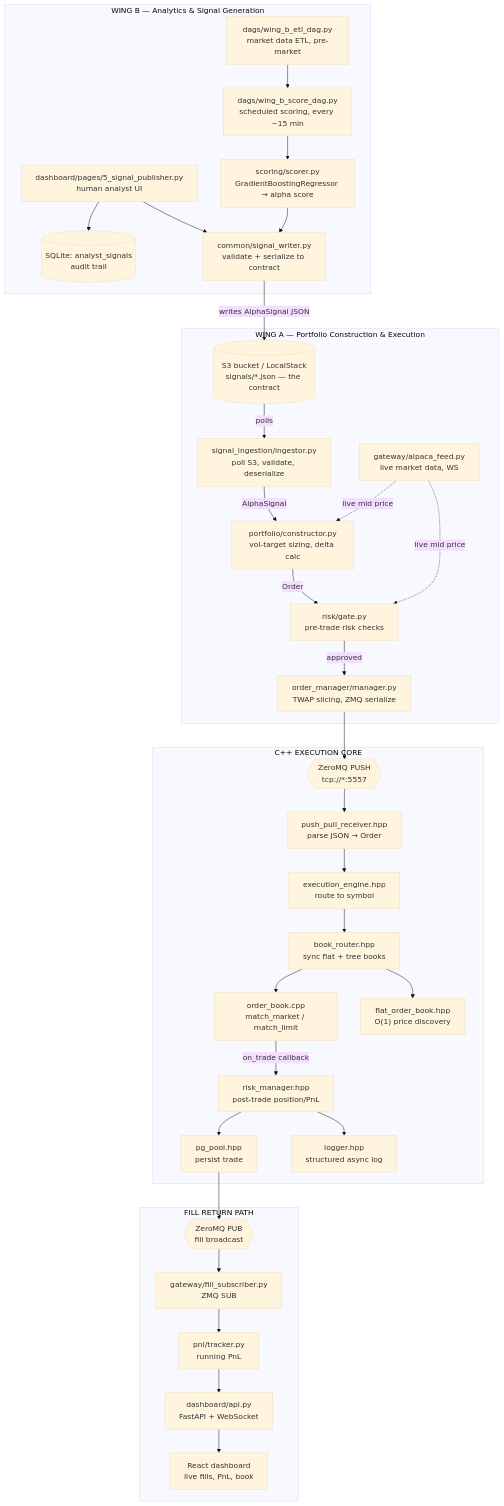
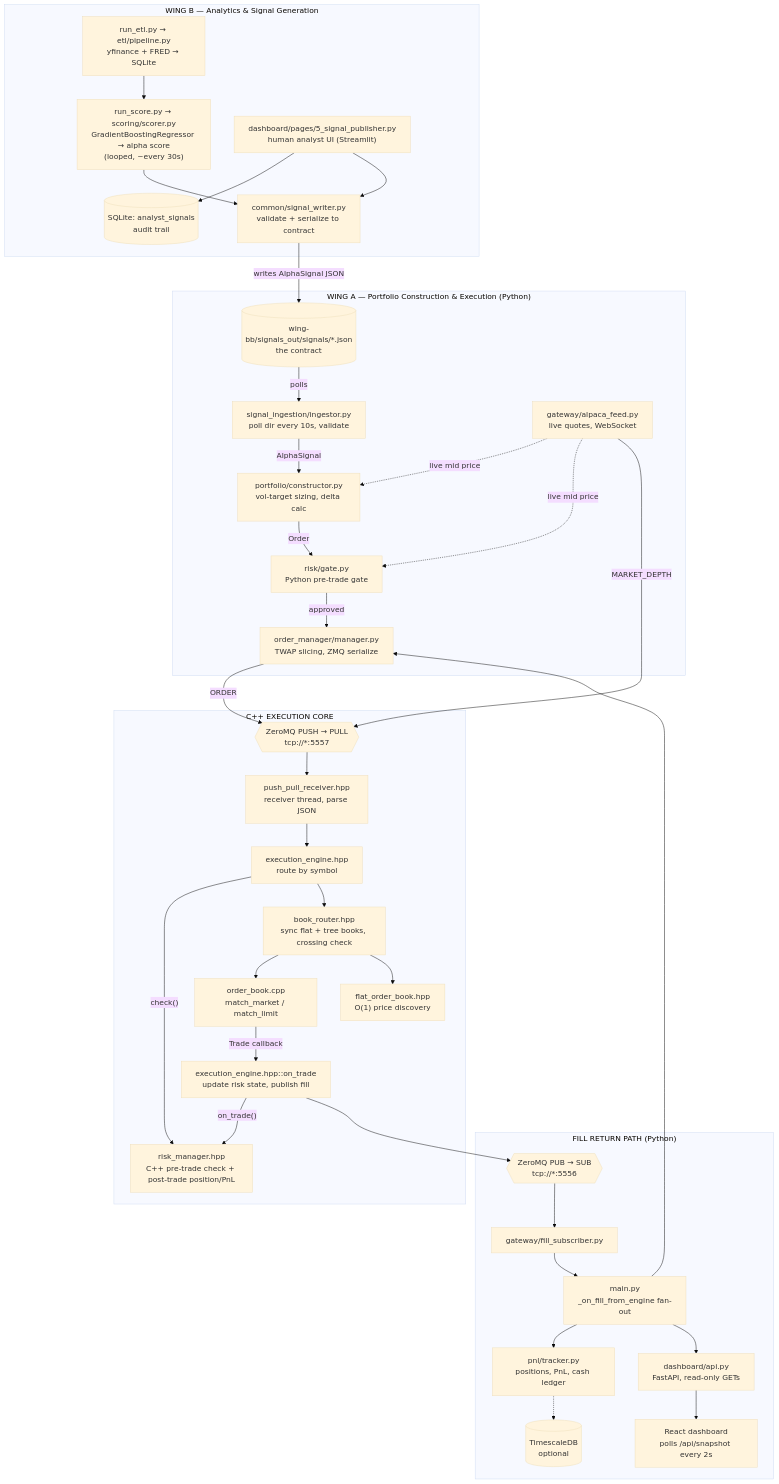
The diagram in README.md (Hanzecode/Dualis), drawn with Mermaid (base theme) before and after one commit. The commit also changed other lines of this file, not shown here.

````diff
--- a/README.md
+++ b/README.md
@@ -40,68 +51,74 @@
 ```mermaid
 graph TD
     subgraph WingB["WING B — Analytics & Signal Generation"]
-        ETL["dags/wing_b_etl_dag.py<br/>market data ETL, pre-market"]
-        SCOREDAG["dags/wing_b_score_dag.py<br/>scheduled scoring, every ~15 min"]
-        SCORER["scoring/scorer.py<br/>GradientBoostingRegressor → alpha score"]
-        ANALYST["dashboard/pages/5_signal_publisher.py<br/>human analyst UI"]
-        PGSIG[("SQLite: analyst_signals<br/>audit trail")]
+        ETL["run_etl.py → etl/pipeline.py<br/>yfinance + FRED → SQLite"]
+        SCORE["run_score.py → scoring/scorer.py<br/>GradientBoostingRegressor → alpha score<br/>(looped, ~every 30s)"]
+        ANALYST["dashboard/pages/5_signal_publisher.py<br/>human analyst UI (Streamlit)"]
+        DB[("SQLite: analyst_signals<br/>audit trail")]
         WRITER["common/signal_writer.py<br/>validate + serialize to contract"]
 
-        ETL --> SCOREDAG
-        SCOREDAG --> SCORER
-        SCORER --> WRITER
-        ANALYST --> PGSIG
+        ETL --> SCORE
+        SCORE --> WRITER
+        ANALYST --> DB
         ANALYST --> WRITER
     end
 
-    S3[("S3 bucket / LocalStack<br/>signals/*.json — the contract")]
-    WRITER -- "writes AlphaSignal JSON" --> S3
+    SIGDIR[("wing-bb/signals_out/signals/*.json<br/>the contract")]
+    WRITER -- "writes AlphaSignal JSON" --> SIGDIR
 
-    subgraph WingA["WING A — Portfolio Construction & Execution"]
-        INGEST["signal_ingestion/ingestor.py<br/>poll S3, validate, deserialize"]
+    subgraph WingA["WING A — Portfolio Construction & Execution (Python)"]
+        INGEST["signal_ingestion/ingestor.py<br/>poll dir every 10s, validate"]
         CONSTRUCT["portfolio/constructor.py<br/>vol-target sizing, delta calc"]
-        RISK["risk/gate.py<br/>pre-trade risk checks"]
+        RISK["risk/gate.py<br/>Python pre-trade gate"]
         OM["order_manager/manager.py<br/>TWAP slicing, ZMQ serialize"]
-        ALPACA["gateway/alpaca_feed.py<br/>live market data, WS"]
+        ALPACA["gateway/alpaca_feed.py<br/>live quotes, WebSocket"]
 
-        S3 -- "polls" --> INGEST
+        SIGDIR -- "polls" --> INGEST
         ALPACA -. "live mid price" .-> CONSTRUCT
         ALPACA -. "live mid price" .-> RISK
         INGEST -- "AlphaSignal" --> CONSTRUCT
         CONSTRUCT -- "Order" --> RISK
         RISK -- "approved" --> OM
     end
 
-    ZMQPUSH{{"ZeroMQ PUSH<br/>tcp://*:5557"}}
-    OM --> ZMQPUSH
+    ZMQPUSH{{"ZeroMQ PUSH → PULL<br/>tcp://*:5557"}}
+    OM -- "ORDER" --> ZMQPUSH
+    ALPACA -- "MARKET_DEPTH" --> ZMQPUSH
 
     subgraph CppCore["C++ EXECUTION CORE"]
-        RECV["push_pull_receiver.hpp<br/>parse JSON → Order"]
-        ENGINE["execution_engine.hpp<br/>route to symbol"]
-        ROUTER["book_router.hpp<br/>sync flat + tree books"]
+        RECV["push_pull_receiver.hpp<br/>receiver thread, parse JSON"]
+        ENGINE["execution_engine.hpp<br/>route by symbol"]
+        RM["risk_manager.hpp<br/>C++ pre-trade check + post-trade position/PnL"]
+        ROUTER["book_router.hpp<br/>sync flat + tree books, crossing check"]
         BOOK["order_book.cpp<br/>match_market / match_limit"]
         FLAT["flat_order_book.hpp<br/>O(1) price discovery"]
-        RM["risk_manager.hpp<br/>post-trade position/PnL"]
-        PG["pg_pool.hpp<br/>persist trade"]
-        LOG["logger.hpp<br/>structured async log"]
+        ONTRADE["execution_engine.hpp::on_trade<br/>update risk state, publish fill"]
 
-        ZMQPUSH --> RECV --> ENGINE --> ROUTER
+        ZMQPUSH --> RECV --> ENGINE
+        ENGINE -- "check()" --> RM
+        ENGINE --> ROUTER
         ROUTER --> BOOK
         ROUTER --> FLAT
-        BOOK -- "on_trade callback" --> RM
-        RM --> PG
-        RM --> LOG
+        BOOK -- "Trade callback" --> ONTRADE
+        ONTRADE -- "on_trade()" --> RM
     end
 
-    ZMQPUB{{"ZeroMQ PUB<br/>fill broadcast"}}
-    PG --> ZMQPUB
+    ZMQPUB{{"ZeroMQ PUB → SUB<br/>tcp://*:5556"}}
+    ONTRADE --> ZMQPUB
 
-    subgraph Return["FILL RETURN PATH"]
-        FILLSUB["gateway/fill_subscriber.py<br/>ZMQ SUB"]
-        PNL["pnl/tracker.py<br/>running PnL"]
-        API["dashboard/api.py<br/>FastAPI + WebSocket"]
-        REACT["React dashboard<br/>live fills, PnL, book"]
+    subgraph Return["FILL RETURN PATH (Python)"]
+        FILLSUB["gateway/fill_subscriber.py"]
+        MAIN["main.py<br/>_on_fill_from_engine fan-out"]
+        PNL["pnl/tracker.py<br/>positions, PnL, cash ledger"]
+        TS[("TimescaleDB<br/>optional")]
+        API["dashboard/api.py<br/>FastAPI, read-only GETs"]
+        REACT["React dashboard<br/>polls /api/snapshot every 2s"]
 
-        ZMQPUB --> FILLSUB --> PNL --> API --> REACT
+        ZMQPUB --> FILLSUB --> MAIN
+        MAIN --> OM
+        MAIN --> PNL
+        MAIN --> API
+        PNL -.-> TS
+        API --> REACT
     end
 ```
````
